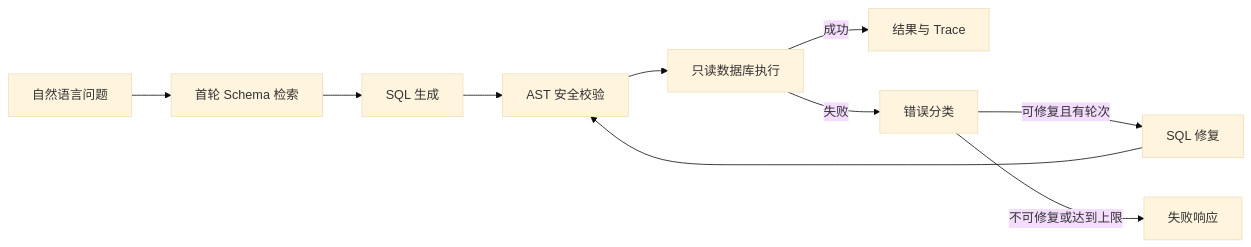
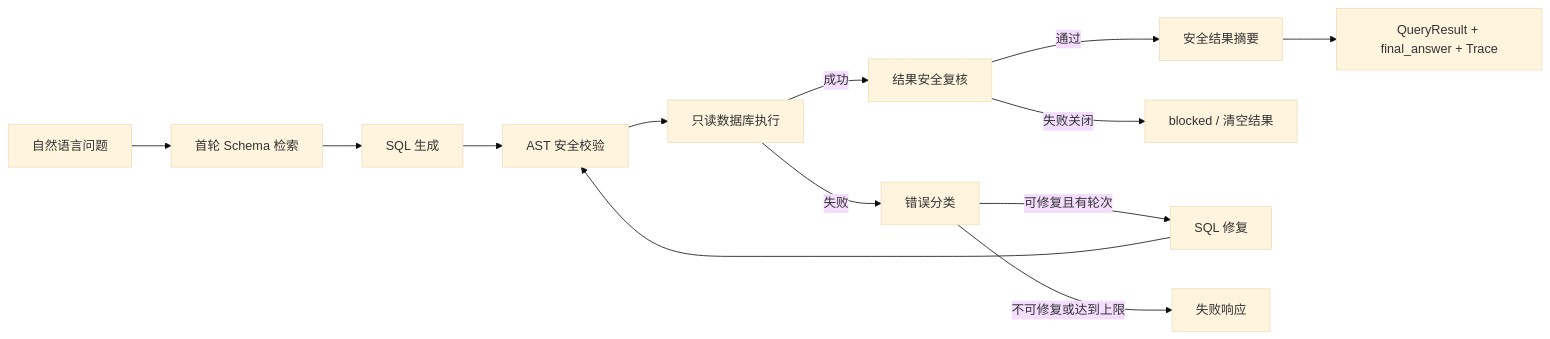
One commit to ls-5s/Chain-NL2SQL changed the diagram in README.md. Above: the diagram before and after it, drawn with Mermaid (base theme). The commit also changed other lines of this file and 18 other files, not shown here.

````diff
--- a/README.md
+++ b/README.md
@@ -193,12 +198,15 @@
 ```mermaid
 flowchart LR
     Q[自然语言问题] --> S[首轮 Schema 检索]
     S --> G[SQL 生成]
     G --> V[AST 安全校验]
     V --> E[只读数据库执行]
-    E -->|成功| R[结果与 Trace]
+    E -->|成功| RG[结果安全复核]
+    RG -->|通过| RS[安全结果摘要]
+    RG -->|失败关闭| B[blocked / 清空结果]
+    RS --> R[QueryResult + final_answer + Trace]
     E -->|失败| C[错误分类]
     C -->|可修复且有轮次| F[SQL 修复]
     F --> V
     C -->|不可修复或达到上限| X[失败响应]
 ```
````
